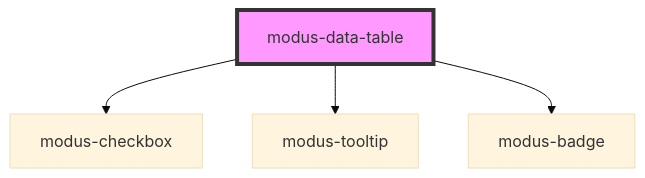
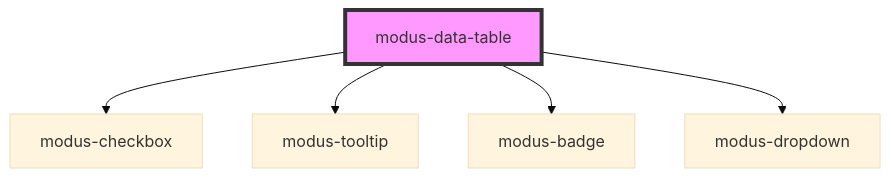
The diagram in stencil-workspace/src/components/modus-data-table/readme.md (trimble-oss/modus-web-components), drawn with Mermaid (base theme) before and after one commit. The commit also changed other lines of this file and 18 other files, not shown here.

Commit message:
Data Table row actions

````diff
--- a/stencil-workspace/src/components/modus-data-table/readme.md
+++ b/stencil-workspace/src/components/modus-data-table/readme.md
@@ -38,7 +41,8 @@
 ```mermaid
 graph TD;
   modus-data-table --> modus-checkbox
   modus-data-table --> modus-tooltip
   modus-data-table --> modus-badge
+  modus-data-table --> modus-dropdown
   style modus-data-table fill:#f9f,stroke:#333,stroke-width:4px
 ```
````
